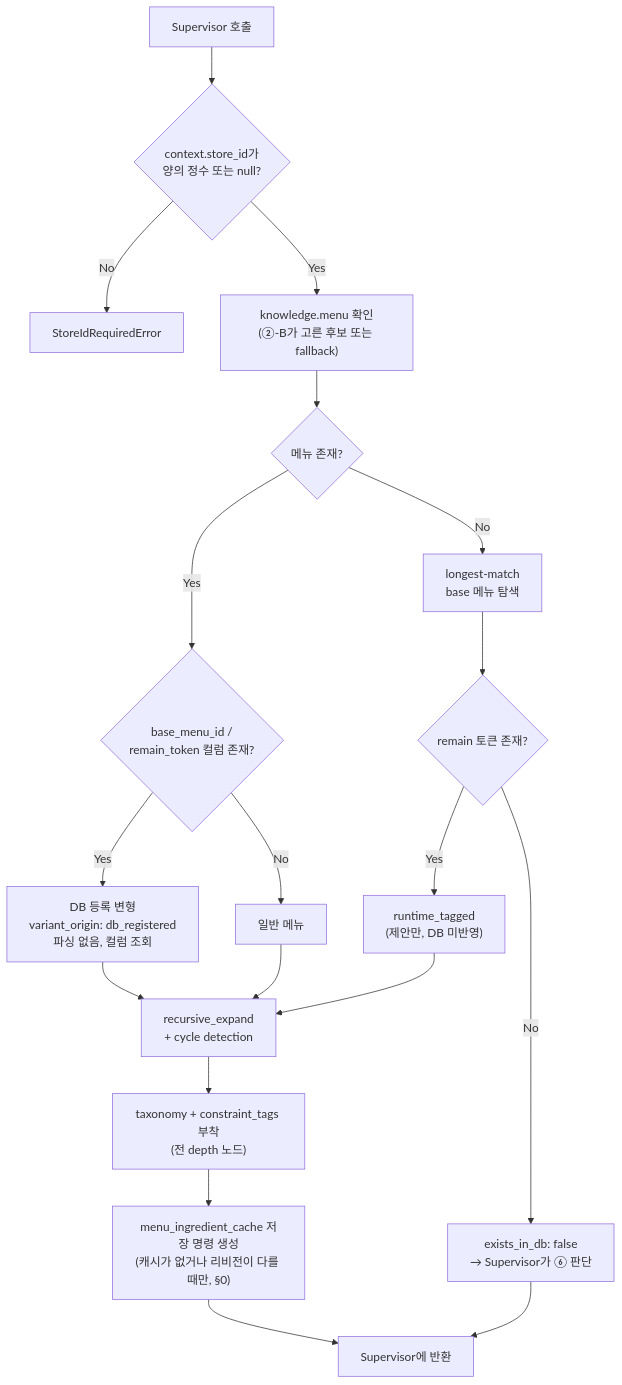
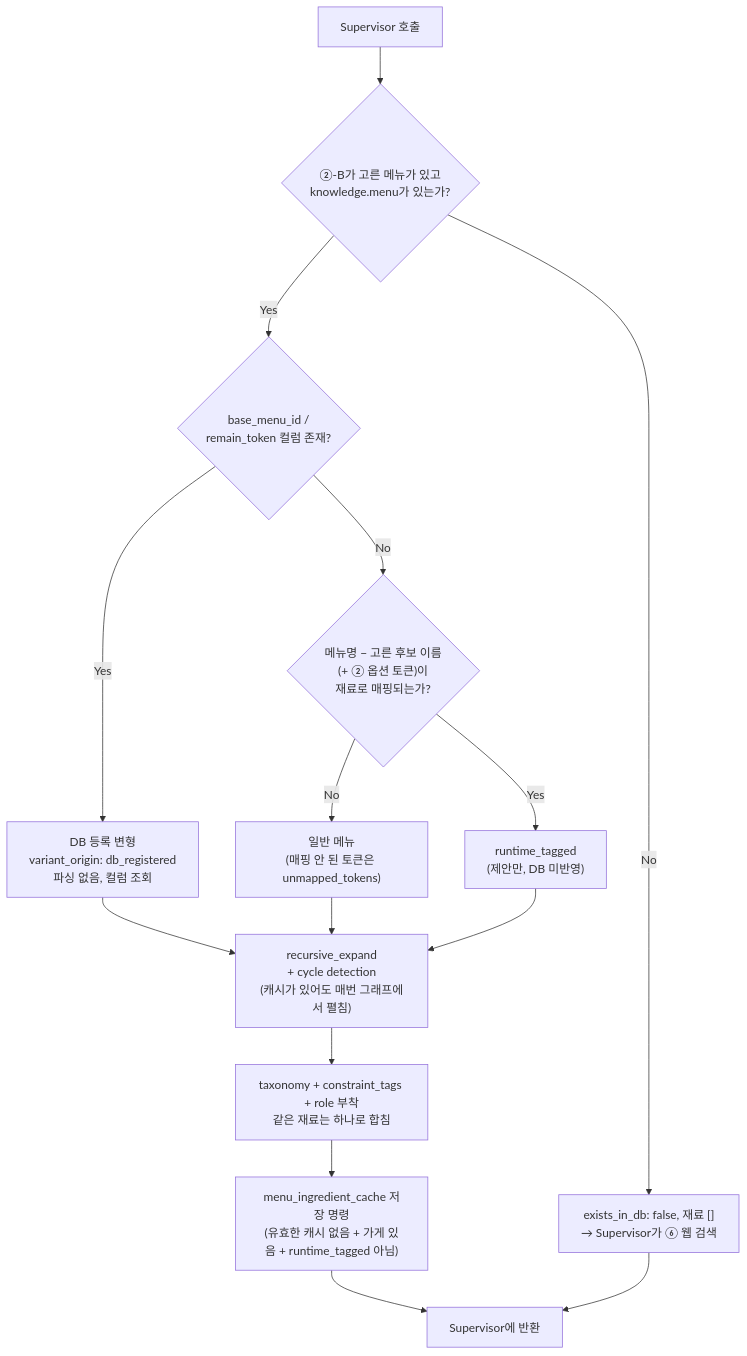
One commit to Han-Spoon/ai changed the second of 3 diagrams in docs/4-tool-DBontology.md. Above: the diagram before and after it, drawn with Mermaid. The commit also changed other lines of this file, not shown here.

````diff
--- a/docs/4-tool-DBontology.md
+++ b/docs/4-tool-DBontology.md
@@ -186,25 +186,19 @@
 ```mermaid
 flowchart TD
-    S[Supervisor 호출] --> V{"context.store_id가<br/>양의 정수 또는 null?"}
-    V -->|No| ERR[StoreIdRequiredError]
-    V -->|Yes| Q["knowledge.menu 확인<br/>(②-B가 고른 후보 또는 fallback)"]
-
-    Q --> E{메뉴 존재?}
-    E -->|Yes| VC{"base_menu_id /<br/>remain_token 컬럼 존재?"}
-    E -->|No| LM["longest-match<br/>base 메뉴 탐색"]
+    S[Supervisor 호출] --> Q{"②-B가 고른 메뉴가 있고<br/>knowledge.menu가 있는가?"}
+    Q -->|No| NF["exists_in_db: false, 재료 []<br/>→ Supervisor가 ⑥ 웹 검색"]
+    Q -->|Yes| VC{"base_menu_id /<br/>remain_token 컬럼 존재?"}
 
     VC -->|Yes| DBV["DB 등록 변형<br/>variant_origin: db_registered<br/>파싱 없음, 컬럼 조회"]
-    VC -->|No| PLAIN["일반 메뉴"]
+    VC -->|No| RM{"메뉴명 − 고른 후보 이름<br/>(+ ② 옵션 토큰)이<br/>재료로 매핑되는가?"}
+    RM -->|Yes| RTV["runtime_tagged<br/>(제안만, DB 미반영)"]
+    RM -->|No| PLAIN["일반 메뉴<br/>(매핑 안 된 토큰은 unmapped_tokens)"]
 
-    LM --> RM{remain 토큰 존재?}
-    RM -->|Yes| RTV["runtime_tagged<br/>(제안만, DB 미반영)"]
-    RM -->|No| NF["exists_in_db: false<br/>→ Supervisor가 ⑥ 판단"]
-
-    DBV --> R["recursive_expand<br/>+ cycle detection"]
+    DBV --> R["recursive_expand<br/>+ cycle detection<br/>(캐시가 있어도 매번 그래프에서 펼침)"]
     PLAIN --> R
     RTV --> R
-    R --> TAG["taxonomy + constraint_tags 부착<br/>(전 depth 노드)"]
-    TAG --> CACHE["menu_ingredient_cache 저장 명령 생성<br/>(캐시가 없거나 리비전이 다를 때만, §0)"]
+    R --> TAG["taxonomy + constraint_tags + role 부착<br/>같은 재료는 하나로 합침"]
+    TAG --> CACHE["menu_ingredient_cache 저장 명령<br/>(유효한 캐시 없음 + 가게 있음 + runtime_tagged 아님)"]
     CACHE --> OUT[Supervisor에 반환]
     NF --> OUT
 ```
````
